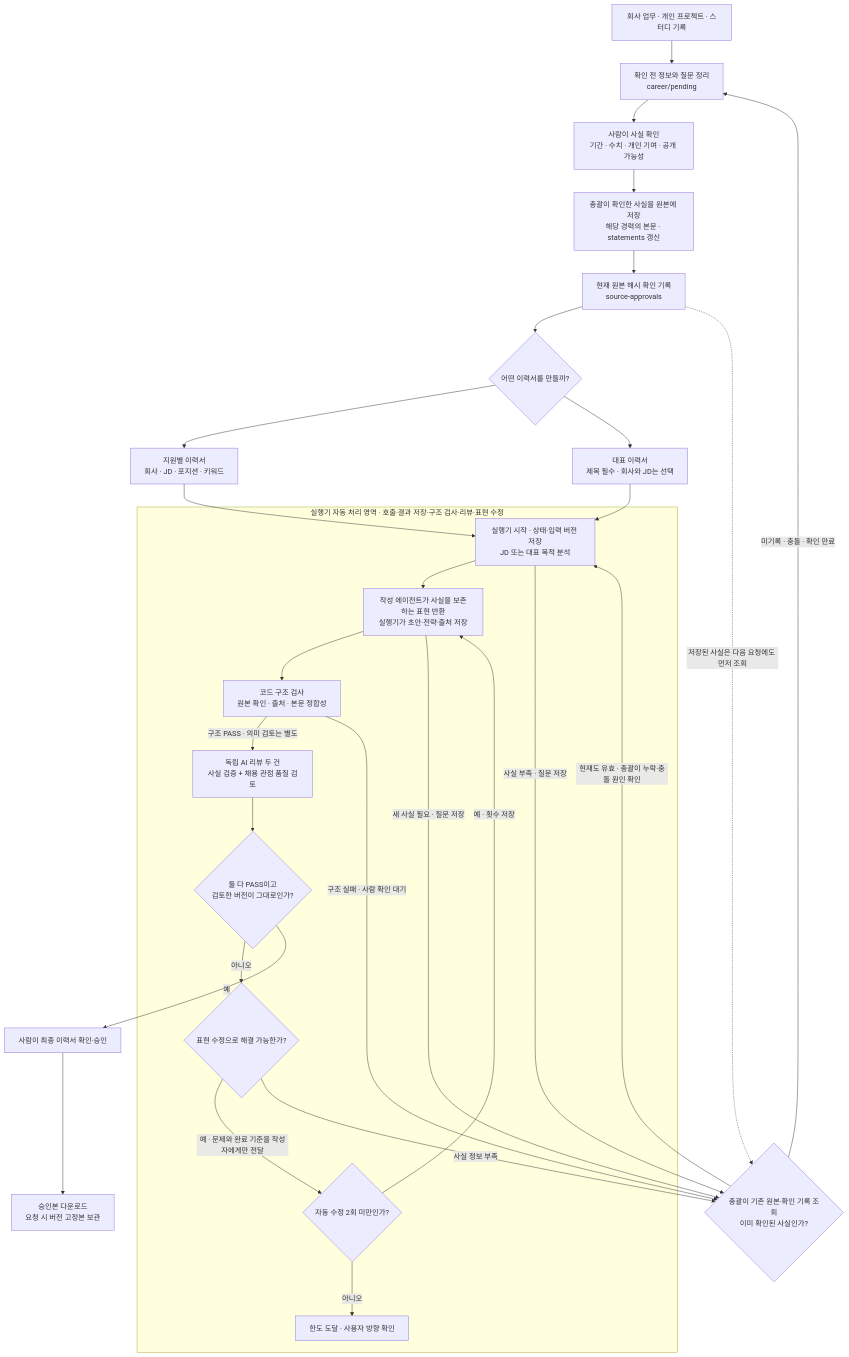
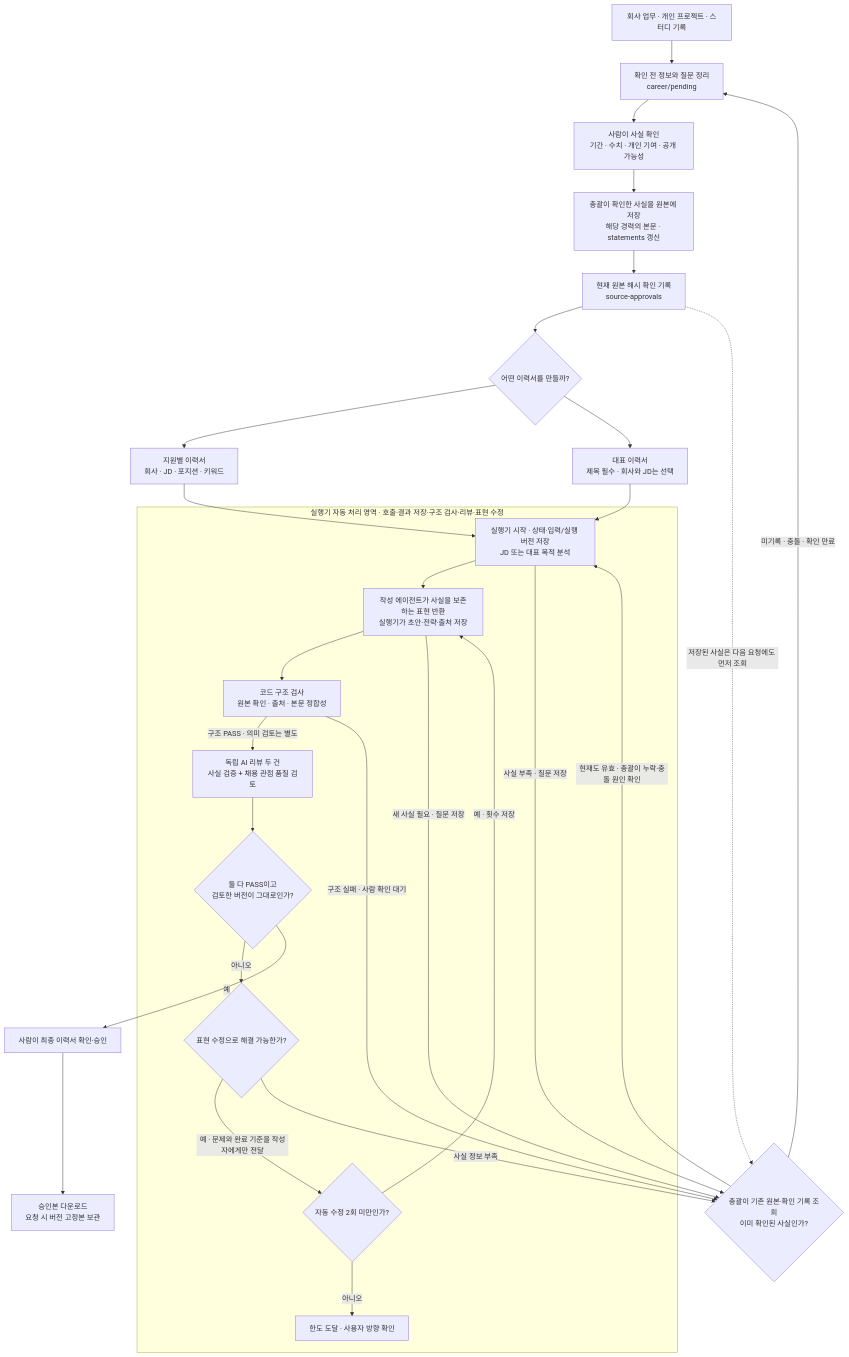
Before and after one commit to doveloper17/career-hub: the first of 6 diagrams in docs/WORKFLOW.md, drawn with Mermaid. The commit also changed other lines of this file and 17 other files, not shown here.

````diff
--- a/docs/WORKFLOW.md
+++ b/docs/WORKFLOW.md
@@ -7,42 +7,42 @@
 ```mermaid
 flowchart TD
     record["회사 업무 · 개인 프로젝트 · 스터디 기록"]
     pending["확인 전 정보와 질문 정리<br/>career/pending"]
     human["사람이 사실 확인<br/>기간 · 수치 · 개인 기여 · 공개 가능성"]
     source["총괄이 확인한 사실을 원본에 저장<br/>해당 경력의 본문 · statements 갱신"]
     receipt["현재 원본 해시 확인 기록<br/>source-approvals"]
     target{"어떤 이력서를 만들까?"}
     jd["지원별 이력서<br/>회사 · JD · 포지션 · 키워드"]
     main["대표 이력서<br/>제목 필수 · 회사와 JD는 선택"]
     subgraph execution["실행기 자동 처리 영역 · 호출·결과 저장·구조 검사·리뷰·표현 수정"]
-    analysis["실행기 시작 · 상태·입력 버전 저장<br/>JD 또는 대표 목적 분석"]
+    analysis["실행기 시작 · 상태·입력/실행 버전 저장<br/>JD 또는 대표 목적 분석"]
     draft["작성 에이전트가 사실을 보존하는 표현 반환<br/>실행기가 초안·전략·출처 저장"]
     code["코드 구조 검사<br/>원본 확인 · 출처 · 본문 정합성"]
     reviews["독립 AI 리뷰 두 건<br/>사실 검증 + 채용 관점 품질 검토"]
     gate{"둘 다 PASS이고<br/>검토한 버전이 그대로인가?"}
     fix{"표현 수정으로 해결 가능한가?"}
     limit{"자동 수정 2회 미만인가?"}
     stop["한도 도달 · 사용자 방향 확인"]
     end
     known{"총괄이 기존 원본·확인 기록 조회<br/>이미 확인된 사실인가?"}
     final["사람이 최종 이력서 확인·승인"]
     export["승인본 다운로드<br/>요청 시 버전 고정본 보관"]
 
     record --> pending --> human --> source --> receipt --> target
     target --> jd --> analysis
     target --> main --> analysis
     analysis --> draft --> code
     analysis -- "사실 부족 · 질문 저장" --> known
     draft -- "새 사실 필요 · 질문 저장" --> known
     code -- "구조 PASS · 의미 검토는 별도" --> reviews --> gate
     code -- "구조 실패 · 사람 확인 대기" --> known
     gate -- "아니오" --> fix
     fix -- "예 · 문제와 완료 기준을 작성자에게만 전달" --> limit
     limit -- "예 · 횟수 저장" --> draft
     limit -- "아니오" --> stop
     fix -- "사실 정보 부족" --> known
     known -- "현재도 유효 · 총괄이 누락·충돌 원인 확인" --> analysis
     known -- "미기록 · 충돌 · 확인 만료" --> pending
     receipt -. "저장된 사실은 다음 요청에도 먼저 조회" .-> known
     gate -- "예" --> final --> export
 ```
````
